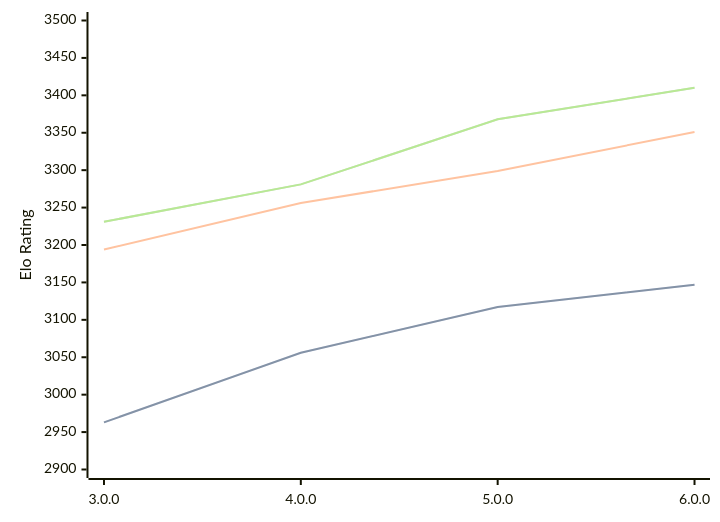
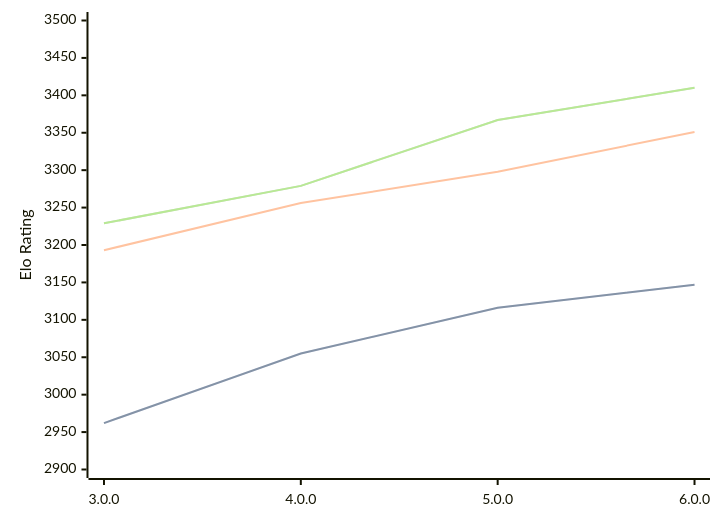
The diagram in engines/Minke.md (computer-chess-index/cci), drawn with Mermaid before and after one commit. The commit also changed other lines of this file, not shown here.

Commit message:
Update CCI Ratings (ELO VLTC) - 2026-06-10

````diff
--- a/engines/Minke.md
+++ b/engines/Minke.md
@@ -36,11 +36,11 @@
 ```mermaid
 %%{init: {"theme":"base","themeVariables":{"seriesColors:['#a3a3a3','#222221','#faa371']}}}%%
 xychart-beta
   x-axis ["3.0.0", "4.0.0", "5.0.0", "6.0.0"]
   y-axis "Elo Rating" 2900 --> 3500
-  line "STC (8.0+0.08s)" [2963, 3056, 3117, 3147]
-  line "STC (8.0+0.08s)" [2963, 3056, 3117, 3147]
-  line "LTC (60.0+0.60s)" [3194, 3256, 3299, 3351]
-  line "VLTC (2m24s+1.12s)" [3231, 3281, 3368, 3410]
-  line "VLTC (2m24s+1.12s)" [3231, 3281, 3368, 3410]
+  line "STC (8.0+0.08s)" [2962, 3055, 3116, 3147]
+  line "STC (8.0+0.08s)" [2962, 3055, 3116, 3147]
+  line "LTC (60.0+0.60s)" [3193, 3256, 3298, 3351]
+  line "VLTC (2m24s+1.12s)" [3229, 3279, 3367, 3410]
+  line "VLTC (2m24s+1.12s)" [3229, 3279, 3367, 3410]
 ```
````
